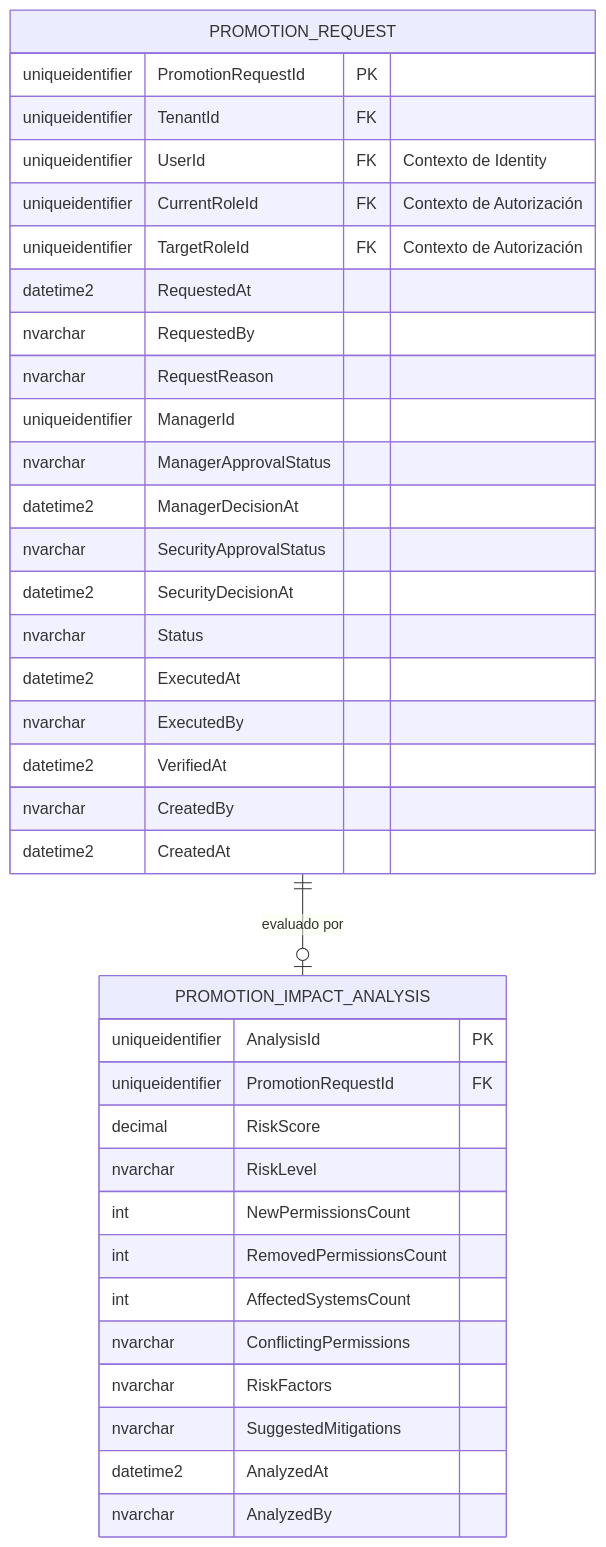
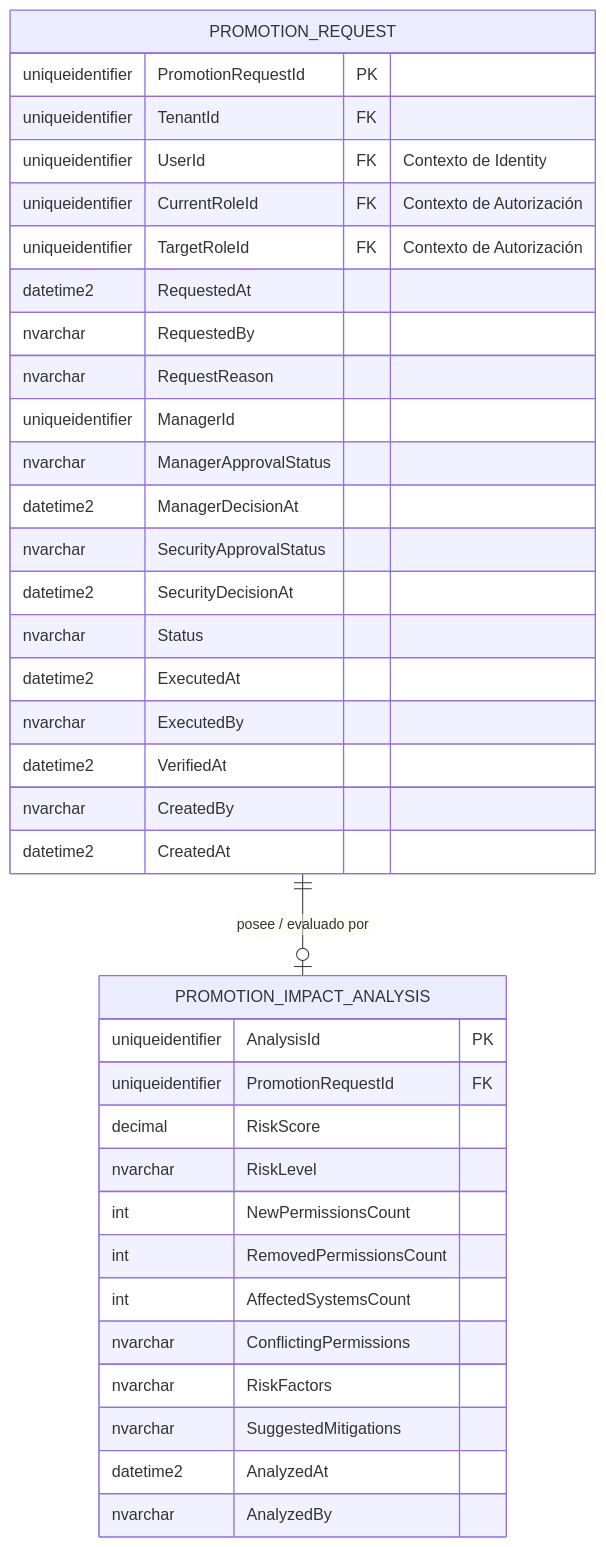
The third of 4 diagrams in docs/domain-es/iga/promotion-request.md (beyondnetcode/ums), drawn with Mermaid before and after one commit. The commit also changed other lines of this file and 19 other files, not shown here.

````diff
--- a/docs/domain-es/iga/promotion-request.md
+++ b/docs/domain-es/iga/promotion-request.md
@@ -188,41 +215,41 @@
 ```mermaid
 erDiagram
-    PROMOTION_REQUEST ||--o| PROMOTION_IMPACT_ANALYSIS : "evaluado por"
+    PROMOTION_REQUEST ||--o| PROMOTION_IMPACT_ANALYSIS : "posee / evaluado por"
 
     PROMOTION_REQUEST {
         uniqueidentifier PromotionRequestId PK
         uniqueidentifier TenantId FK
         uniqueidentifier UserId FK "Contexto de Identity"
         uniqueidentifier CurrentRoleId FK "Contexto de Autorización"
         uniqueidentifier TargetRoleId FK "Contexto de Autorización"
         datetime2 RequestedAt
         nvarchar RequestedBy
         nvarchar RequestReason
         uniqueidentifier ManagerId
         nvarchar ManagerApprovalStatus
         datetime2 ManagerDecisionAt
         nvarchar SecurityApprovalStatus
         datetime2 SecurityDecisionAt
         nvarchar Status
         datetime2 ExecutedAt
         nvarchar ExecutedBy
         datetime2 VerifiedAt
         nvarchar CreatedBy
         datetime2 CreatedAt
     }
 
     PROMOTION_IMPACT_ANALYSIS {
         uniqueidentifier AnalysisId PK
         uniqueidentifier PromotionRequestId FK
         decimal RiskScore
         nvarchar RiskLevel
         int NewPermissionsCount
         int RemovedPermissionsCount
         int AffectedSystemsCount
         nvarchar ConflictingPermissions
         nvarchar RiskFactors
         nvarchar SuggestedMitigations
         datetime2 AnalyzedAt
         nvarchar AnalyzedBy
     }
 ```
````
